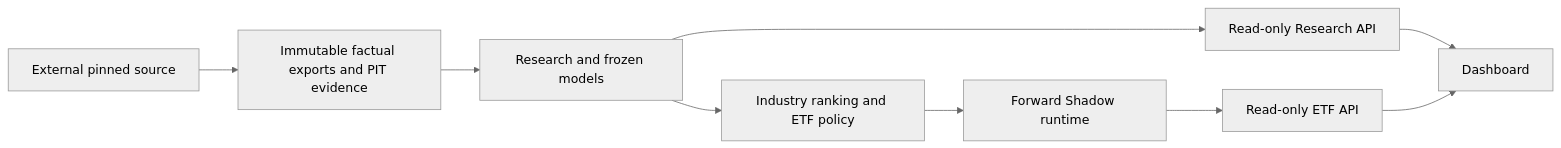
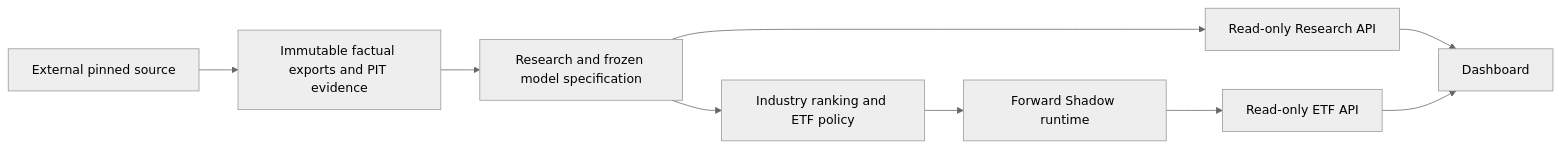
The diagram in README.md (WynterYaxley123/quant-trading), drawn with Mermaid (neutral theme) before and after one commit. The commit also changed other lines of this file and 17 other files, not shown here.

````diff
--- a/README.md
+++ b/README.md
@@ -49,11 +49,11 @@
 ```mermaid
 flowchart LR
  S[External pinned source] --> E[Immutable factual exports and PIT evidence]
- E --> R[Research and frozen models]
+ E --> R[Research and frozen model specification]
  R --> Q[Industry ranking and ETF policy]
  Q --> T[Forward Shadow runtime]
  R --> RA[Read-only Research API]
  T --> EA[Read-only ETF API]
  RA --> D[Dashboard]
  EA --> D
 ```
````
